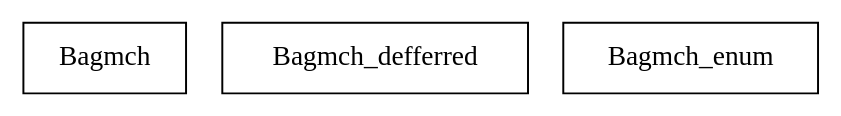
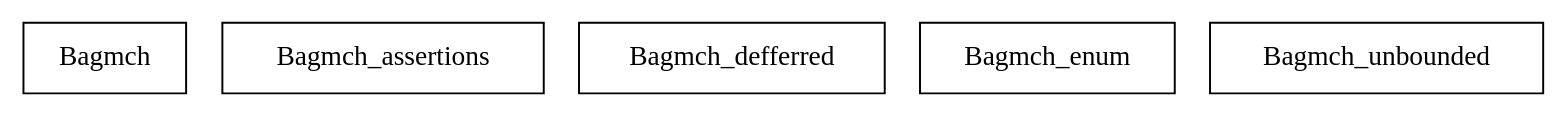
One commit to agata-borkowska-clark/dissertation changed the diagram in Test_scenarios/bdp/Test_scenarios.dot. Above: the diagram before and after it, drawn with Graphviz. The commit also changed 36 other files, not shown here.

Commit message:
Experimenting with assertions. Current issue: Bagmch has a PO generated that checks Assertions, despite the absence of this clause

```diff
--- a/Test_scenarios/bdp/Test_scenarios.dot
+++ b/Test_scenarios/bdp/Test_scenarios.dot
@@ -1,6 +1,8 @@
 digraph {
 Bagmch [ label=" Bagmch " shape= box ]
+Bagmch_assertions [ label=" Bagmch_assertions " shape= box ]
 Bagmch_defferred [ label=" Bagmch_defferred " shape= box ]
 Bagmch_enum [ label=" Bagmch_enum " shape= box ]
+Bagmch_unbounded [ label=" Bagmch_unbounded " shape= box ]
 
 }
```
